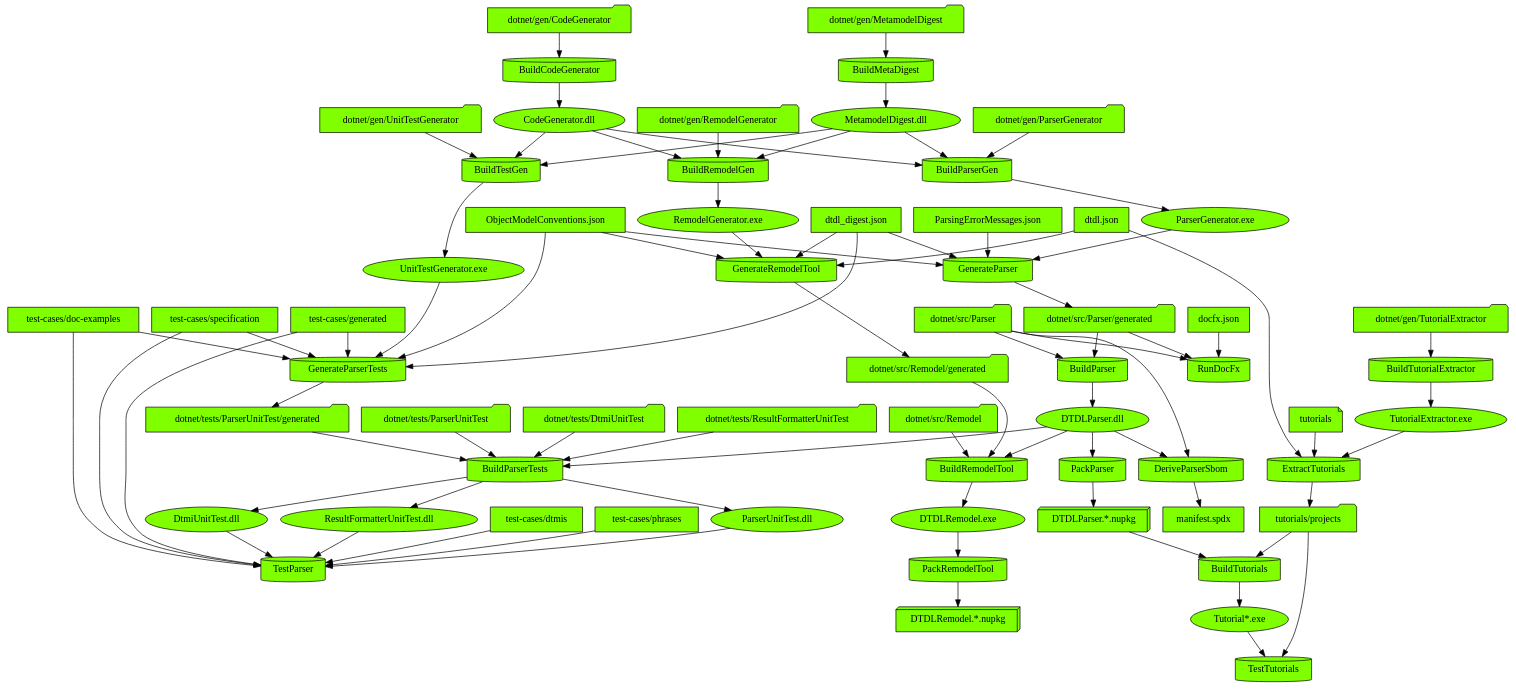
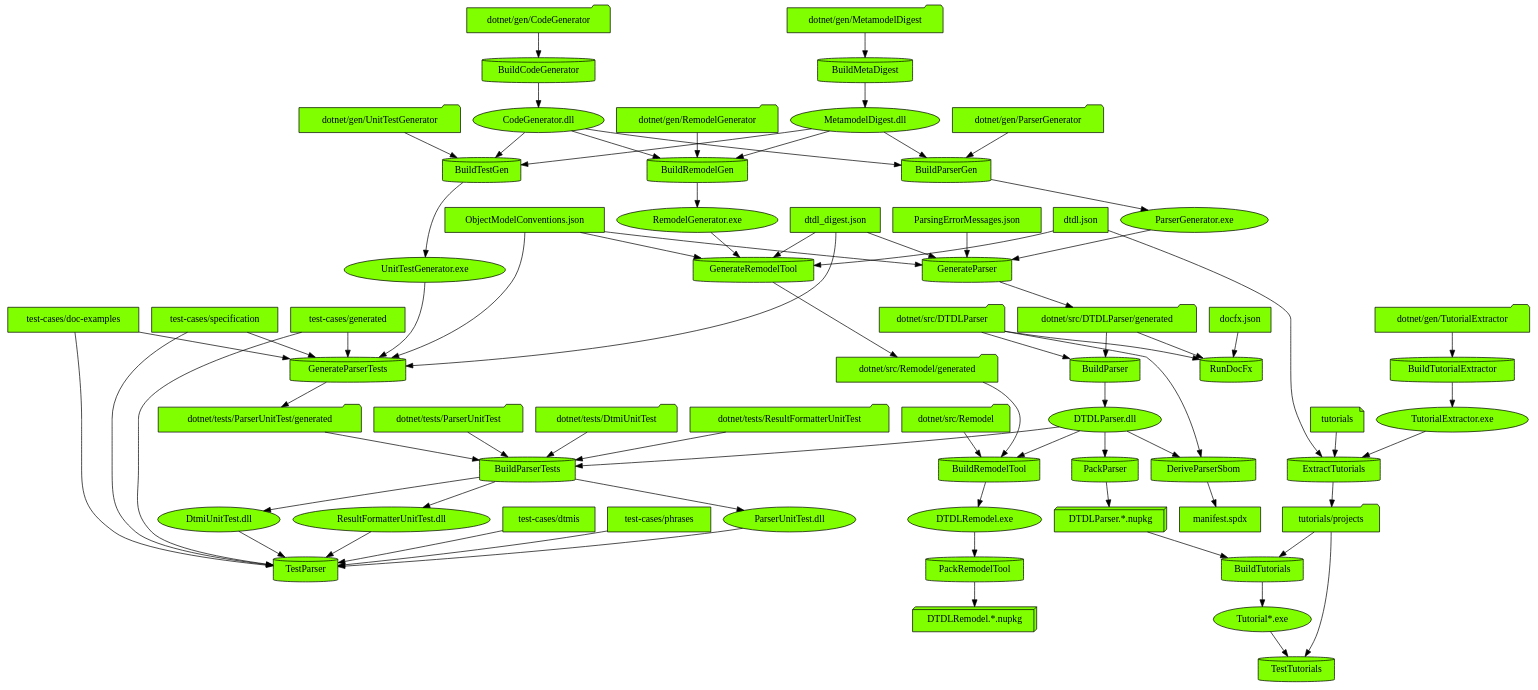
The diagram in images/input/generated/DevelopFlowDiagram.dot (digitaltwinconsortium/DTDLParser), drawn with Graphviz before and after one commit. The commit also changed 195 other files, not shown here.

```diff
--- a/images/input/generated/DevelopFlowDiagram.dot
+++ b/images/input/generated/DevelopFlowDiagram.dot
@@ -1,142 +1,142 @@
 digraph {
   {
     "BuildCodeGenerator" [shape=cylinder style=filled fillcolor=chartreuse]
     "BuildMetaDigest" [shape=cylinder style=filled fillcolor=chartreuse]
     "BuildParser" [shape=cylinder style=filled fillcolor=chartreuse]
     "BuildParserGen" [shape=cylinder style=filled fillcolor=chartreuse]
     "BuildParserTests" [shape=cylinder style=filled fillcolor=chartreuse]
     "BuildRemodelGen" [shape=cylinder style=filled fillcolor=chartreuse]
     "BuildRemodelTool" [shape=cylinder style=filled fillcolor=chartreuse]
     "BuildTestGen" [shape=cylinder style=filled fillcolor=chartreuse]
     "BuildTutorialExtractor" [shape=cylinder style=filled fillcolor=chartreuse]
     "BuildTutorials" [shape=cylinder style=filled fillcolor=chartreuse]
     "DeriveParserSbom" [shape=cylinder style=filled fillcolor=chartreuse]
     "ExtractTutorials" [shape=cylinder style=filled fillcolor=chartreuse]
     "GenerateParser" [shape=cylinder style=filled fillcolor=chartreuse]
     "GenerateParserTests" [shape=cylinder style=filled fillcolor=chartreuse]
     "GenerateRemodelTool" [shape=cylinder style=filled fillcolor=chartreuse]
     "PackParser" [shape=cylinder style=filled fillcolor=chartreuse]
     "PackRemodelTool" [shape=cylinder style=filled fillcolor=chartreuse]
     "RunDocFx" [shape=cylinder style=filled fillcolor=chartreuse]
     "TestParser" [shape=cylinder style=filled fillcolor=chartreuse]
     "TestTutorials" [shape=cylinder style=filled fillcolor=chartreuse]
     "dotnet/gen/CodeGenerator" [shape=folder style=filled fillcolor=chartreuse]
     "CodeGenerator.dll" [shape=ellipse style=filled fillcolor=chartreuse]
     "dotnet/gen/MetamodelDigest" [shape=folder style=filled fillcolor=chartreuse]
     "MetamodelDigest.dll" [shape=ellipse style=filled fillcolor=chartreuse]
-    "dotnet/src/Parser" [shape=folder style=filled fillcolor=chartreuse]
-    "dotnet/src/Parser/generated" [shape=folder style=filled fillcolor=chartreuse]
+    "dotnet/src/DTDLParser" [shape=folder style=filled fillcolor=chartreuse]
+    "dotnet/src/DTDLParser/generated" [shape=folder style=filled fillcolor=chartreuse]
     "DTDLParser.dll" [shape=ellipse style=filled fillcolor=chartreuse]
     "dotnet/gen/ParserGenerator" [shape=folder style=filled fillcolor=chartreuse]
     "ParserGenerator.exe" [shape=ellipse style=filled fillcolor=chartreuse]
     "dotnet/tests/DtmiUnitTest" [shape=folder style=filled fillcolor=chartreuse]
     "DtmiUnitTest.dll" [shape=ellipse style=filled fillcolor=chartreuse]
     "dotnet/tests/ResultFormatterUnitTest" [shape=folder style=filled fillcolor=chartreuse]
     "ResultFormatterUnitTest.dll" [shape=ellipse style=filled fillcolor=chartreuse]
     "dotnet/tests/ParserUnitTest" [shape=folder style=filled fillcolor=chartreuse]
     "dotnet/tests/ParserUnitTest/generated" [shape=folder style=filled fillcolor=chartreuse]
     "ParserUnitTest.dll" [shape=ellipse style=filled fillcolor=chartreuse]
     "dotnet/gen/RemodelGenerator" [shape=folder style=filled fillcolor=chartreuse]
     "RemodelGenerator.exe" [shape=ellipse style=filled fillcolor=chartreuse]
     "dotnet/src/Remodel" [shape=folder style=filled fillcolor=chartreuse]
     "dotnet/src/Remodel/generated" [shape=folder style=filled fillcolor=chartreuse]
     "DTDLRemodel.exe" [shape=ellipse style=filled fillcolor=chartreuse]
     "dotnet/gen/UnitTestGenerator" [shape=folder style=filled fillcolor=chartreuse]
     "UnitTestGenerator.exe" [shape=ellipse style=filled fillcolor=chartreuse]
     "dotnet/gen/TutorialExtractor" [shape=folder style=filled fillcolor=chartreuse]
     "TutorialExtractor.exe" [shape=ellipse style=filled fillcolor=chartreuse]
     "DTDLParser.*.nupkg" [shape=box3d style=filled fillcolor=chartreuse]
     "tutorials/projects" [shape=folder style=filled fillcolor=chartreuse]
     "Tutorial*.exe" [shape=ellipse style=filled fillcolor=chartreuse]
     "manifest.spdx" [shape=box style=filled fillcolor=chartreuse]
     "dtdl.json" [shape=box style=filled fillcolor=chartreuse]
     "tutorials" [shape=note style=filled fillcolor=chartreuse]
     "dtdl_digest.json" [shape=box style=filled fillcolor=chartreuse]
     "ObjectModelConventions.json" [shape=box style=filled fillcolor=chartreuse]
     "ParsingErrorMessages.json" [shape=box style=filled fillcolor=chartreuse]
     "test-cases/generated" [shape=box style=filled fillcolor=chartreuse]
     "test-cases/doc-examples" [shape=box style=filled fillcolor=chartreuse]
     "test-cases/specification" [shape=box style=filled fillcolor=chartreuse]
     "DTDLRemodel.*.nupkg" [shape=box3d style=filled fillcolor=chartreuse]
     "docfx.json" [shape=box style=filled fillcolor=chartreuse]
     "test-cases/dtmis" [shape=box style=filled fillcolor=chartreuse]
     "test-cases/phrases" [shape=box style=filled fillcolor=chartreuse]
   }
   "dotnet/gen/CodeGenerator" -> "BuildCodeGenerator"
   "BuildCodeGenerator" -> "CodeGenerator.dll"
   "dotnet/gen/MetamodelDigest" -> "BuildMetaDigest"
   "BuildMetaDigest" -> "MetamodelDigest.dll"
-  "dotnet/src/Parser" -> "BuildParser"
-  "dotnet/src/Parser/generated" -> "BuildParser"
+  "dotnet/src/DTDLParser" -> "BuildParser"
+  "dotnet/src/DTDLParser/generated" -> "BuildParser"
   "BuildParser" -> "DTDLParser.dll"
   "dotnet/gen/ParserGenerator" -> "BuildParserGen"
   "MetamodelDigest.dll" -> "BuildParserGen"
   "CodeGenerator.dll" -> "BuildParserGen"
   "BuildParserGen" -> "ParserGenerator.exe"
   "dotnet/tests/DtmiUnitTest" -> "BuildParserTests"
   "BuildParserTests" -> "DtmiUnitTest.dll"
   "dotnet/tests/ResultFormatterUnitTest" -> "BuildParserTests"
   "BuildParserTests" -> "ResultFormatterUnitTest.dll"
   "dotnet/tests/ParserUnitTest" -> "BuildParserTests"
   "dotnet/tests/ParserUnitTest/generated" -> "BuildParserTests"
   "DTDLParser.dll" -> "BuildParserTests"
   "BuildParserTests" -> "ParserUnitTest.dll"
   "dotnet/gen/RemodelGenerator" -> "BuildRemodelGen"
   "MetamodelDigest.dll" -> "BuildRemodelGen"
   "CodeGenerator.dll" -> "BuildRemodelGen"
   "BuildRemodelGen" -> "RemodelGenerator.exe"
   "dotnet/src/Remodel" -> "BuildRemodelTool"
   "dotnet/src/Remodel/generated" -> "BuildRemodelTool"
   "DTDLParser.dll" -> "BuildRemodelTool"
   "BuildRemodelTool" -> "DTDLRemodel.exe"
   "dotnet/gen/UnitTestGenerator" -> "BuildTestGen"
   "MetamodelDigest.dll" -> "BuildTestGen"
   "CodeGenerator.dll" -> "BuildTestGen"
   "BuildTestGen" -> "UnitTestGenerator.exe"
   "dotnet/gen/TutorialExtractor" -> "BuildTutorialExtractor"
   "BuildTutorialExtractor" -> "TutorialExtractor.exe"
   "DTDLParser.*.nupkg" -> "BuildTutorials"
   "tutorials/projects" -> "BuildTutorials"
   "BuildTutorials" -> "Tutorial*.exe"
   "DTDLParser.dll" -> "DeriveParserSbom"
-  "dotnet/src/Parser" -> "DeriveParserSbom"
+  "dotnet/src/DTDLParser" -> "DeriveParserSbom"
   "DeriveParserSbom" -> "manifest.spdx"
   "TutorialExtractor.exe" -> "ExtractTutorials"
   "dtdl.json" -> "ExtractTutorials"
   "tutorials" -> "ExtractTutorials"
   "ExtractTutorials" -> "tutorials/projects"
   "ParserGenerator.exe" -> "GenerateParser"
   "dtdl_digest.json" -> "GenerateParser"
   "ObjectModelConventions.json" -> "GenerateParser"
   "ParsingErrorMessages.json" -> "GenerateParser"
-  "GenerateParser" -> "dotnet/src/Parser/generated"
+  "GenerateParser" -> "dotnet/src/DTDLParser/generated"
   "UnitTestGenerator.exe" -> "GenerateParserTests"
   "dtdl_digest.json" -> "GenerateParserTests"
   "ObjectModelConventions.json" -> "GenerateParserTests"
   "test-cases/generated" -> "GenerateParserTests"
   "test-cases/doc-examples" -> "GenerateParserTests"
   "test-cases/specification" -> "GenerateParserTests"
   "GenerateParserTests" -> "dotnet/tests/ParserUnitTest/generated"
   "RemodelGenerator.exe" -> "GenerateRemodelTool"
   "dtdl.json" -> "GenerateRemodelTool"
   "dtdl_digest.json" -> "GenerateRemodelTool"
   "ObjectModelConventions.json" -> "GenerateRemodelTool"
   "GenerateRemodelTool" -> "dotnet/src/Remodel/generated"
   "DTDLParser.dll" -> "PackParser"
   "PackParser" -> "DTDLParser.*.nupkg"
   "DTDLRemodel.exe" -> "PackRemodelTool"
   "PackRemodelTool" -> "DTDLRemodel.*.nupkg"
-  "dotnet/src/Parser" -> "RunDocFx"
-  "dotnet/src/Parser/generated" -> "RunDocFx"
+  "dotnet/src/DTDLParser" -> "RunDocFx"
+  "dotnet/src/DTDLParser/generated" -> "RunDocFx"
   "docfx.json" -> "RunDocFx"
   "DtmiUnitTest.dll" -> "TestParser"
   "test-cases/dtmis" -> "TestParser"
   "ResultFormatterUnitTest.dll" -> "TestParser"
   "test-cases/phrases" -> "TestParser"
   "ParserUnitTest.dll" -> "TestParser"
   "test-cases/generated" -> "TestParser"
   "test-cases/doc-examples" -> "TestParser"
   "test-cases/specification" -> "TestParser"
   "Tutorial*.exe" -> "TestTutorials"
   "tutorials/projects" -> "TestTutorials"
 }
```
